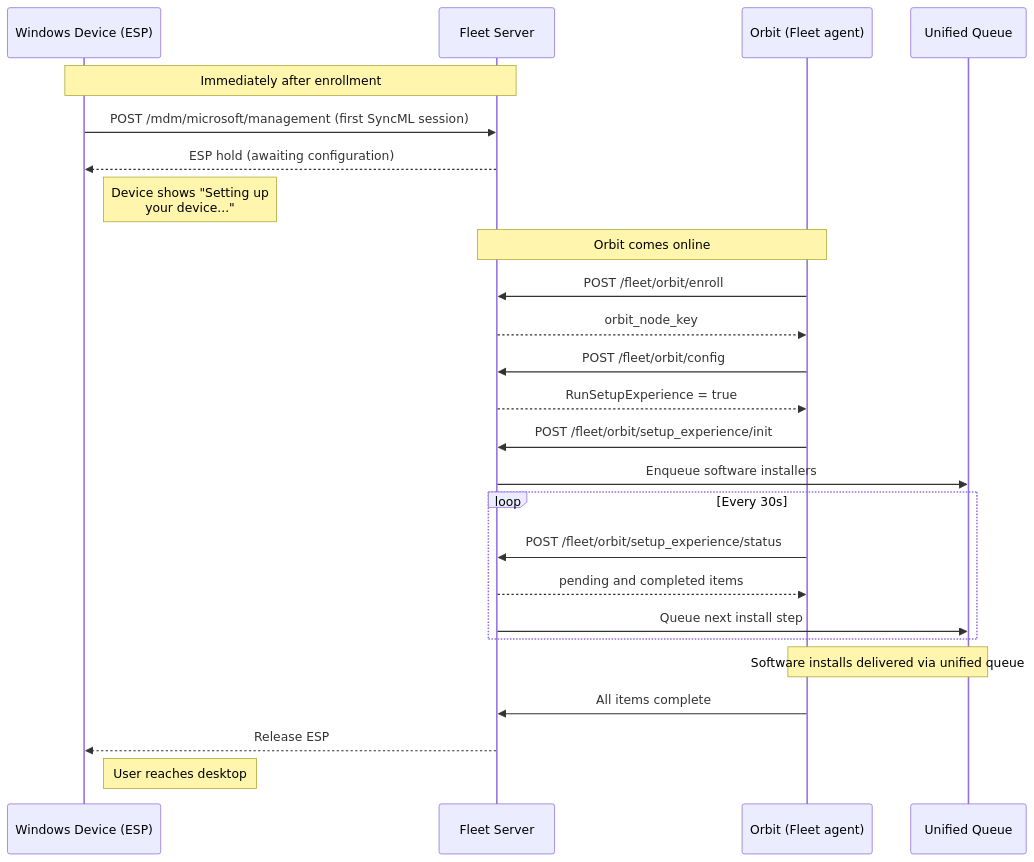
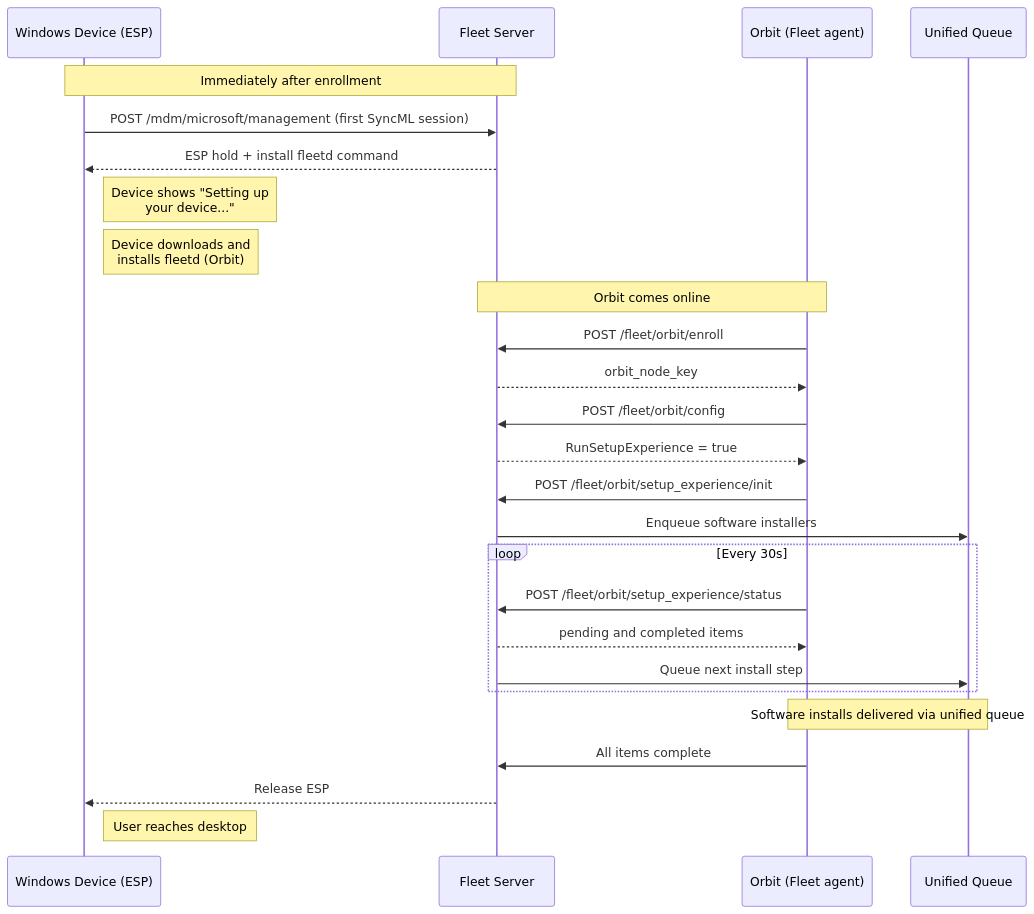
The fourth of 4 diagrams in docs/Contributing/product-groups/mdm/windows-autopilot-how-it-works.md (fleetdm/fleet), drawn with Mermaid before and after one commit. The commit also changed other lines of this file, not shown here.

Commit message:
Show how Orbit gets installed on the device during ESP

````diff
--- a/docs/Contributing/product-groups/mdm/windows-autopilot-how-it-works.md
+++ b/docs/Contributing/product-groups/mdm/windows-autopilot-how-it-works.md
@@ -120,34 +120,35 @@
 ```mermaid
 sequenceDiagram
     participant Win as Windows Device (ESP)
     participant Fleet as Fleet Server
     participant Orbit as Orbit (Fleet agent)
     participant Queue as Unified Queue
 
     note over Win, Fleet: Immediately after enrollment
     Win->>Fleet: POST /mdm/microsoft/management (first SyncML session)
-    Fleet-->>Win: ESP hold (awaiting configuration)
+    Fleet-->>Win: ESP hold + install fleetd command
     note right of Win: Device shows "Setting up<br/>your device..."
+    note right of Win: Device downloads and<br/>installs fleetd (Orbit)
 
     note over Orbit, Fleet: Orbit comes online
     Orbit->>Fleet: POST /fleet/orbit/enroll
     Fleet-->>Orbit: orbit_node_key
 
     Orbit->>Fleet: POST /fleet/orbit/config
     Fleet-->>Orbit: RunSetupExperience = true
 
     Orbit->>Fleet: POST /fleet/orbit/setup_experience/init
     Fleet->>Queue: Enqueue software installers
 
     loop Every 30s
         Orbit->>Fleet: POST /fleet/orbit/setup_experience/status
         Fleet-->>Orbit: pending and completed items
         Fleet->>Queue: Queue next install step
     end
 
     note over Queue, Orbit: Software installs delivered via unified queue
 
     Orbit->>Fleet: All items complete
     Fleet-->>Win: Release ESP
     note right of Win: User reaches desktop
 ```
````
